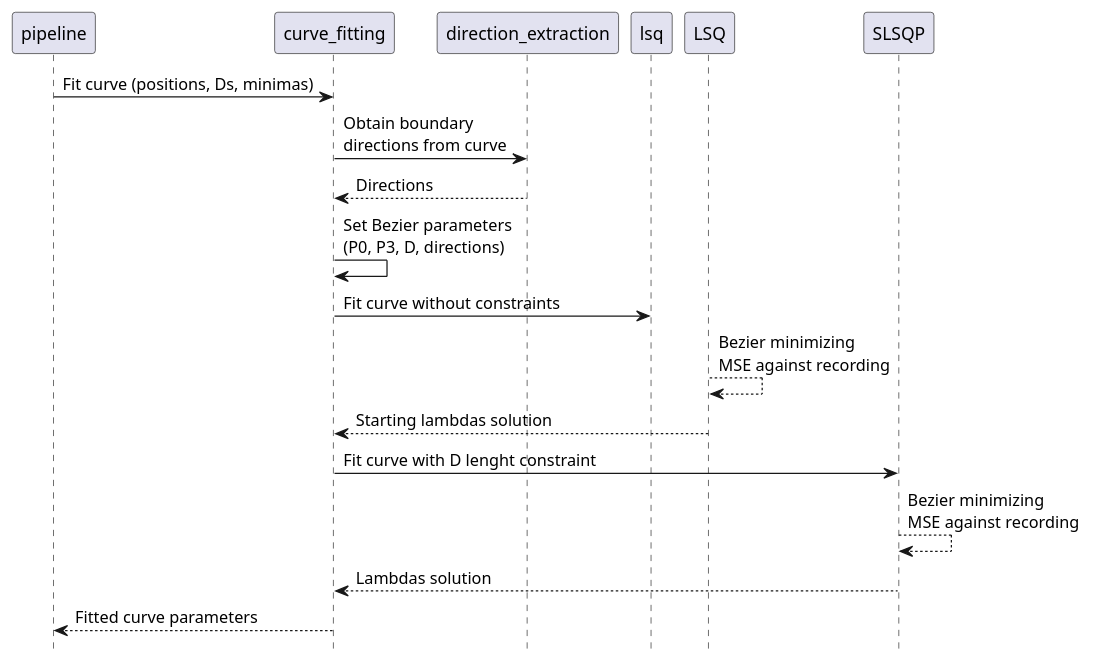
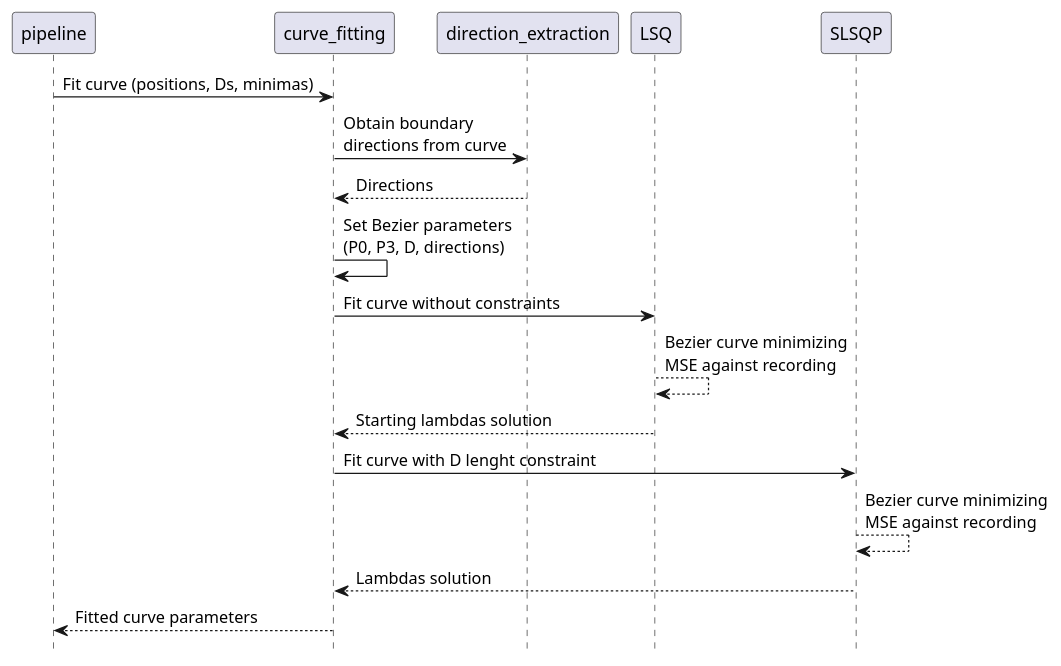
Before and after one commit to Dacu02/master_thesis_data_analysis: the diagram in data/framework/diagrams/curve_fit.puml, drawn with PlantUML. The commit also changed 6 other files, not shown here.

Commit message:
Network diagrams

```diff
--- a/data/framework/diagrams/curve_fit.puml
+++ b/data/framework/diagrams/curve_fit.puml
@@ -1,17 +1,20 @@
 @startuml curve_fit
 participant pipeline
 participant curve_fitting
+participant direction_extraction
+participant LSQ
+participant SLSQP
 hide footbox
 
 pipeline -> curve_fitting: Fit curve (positions, Ds, minimas)
 curve_fitting -> direction_extraction: Obtain boundary\ndirections from curve
 direction_extraction --> curve_fitting: Directions
 curve_fitting -> curve_fitting: Set Bezier parameters\n(P0, P3, D, directions)
-curve_fitting -> lsq: Fit curve without constraints
-LSQ --> LSQ: Bezier minimizing\nMSE against recording
+curve_fitting -> LSQ: Fit curve without constraints
+LSQ --> LSQ: Bezier curve minimizing\nMSE against recording
 LSQ --> curve_fitting: Starting lambdas solution
 curve_fitting -> SLSQP: Fit curve with D lenght constraint
-SLSQP --> SLSQP: Bezier minimizing\nMSE against recording
+SLSQP --> SLSQP: Bezier curve minimizing\nMSE against recording
 SLSQP --> curve_fitting: Lambdas solution
 curve_fitting --> pipeline: Fitted curve parameters
 @enduml
```
